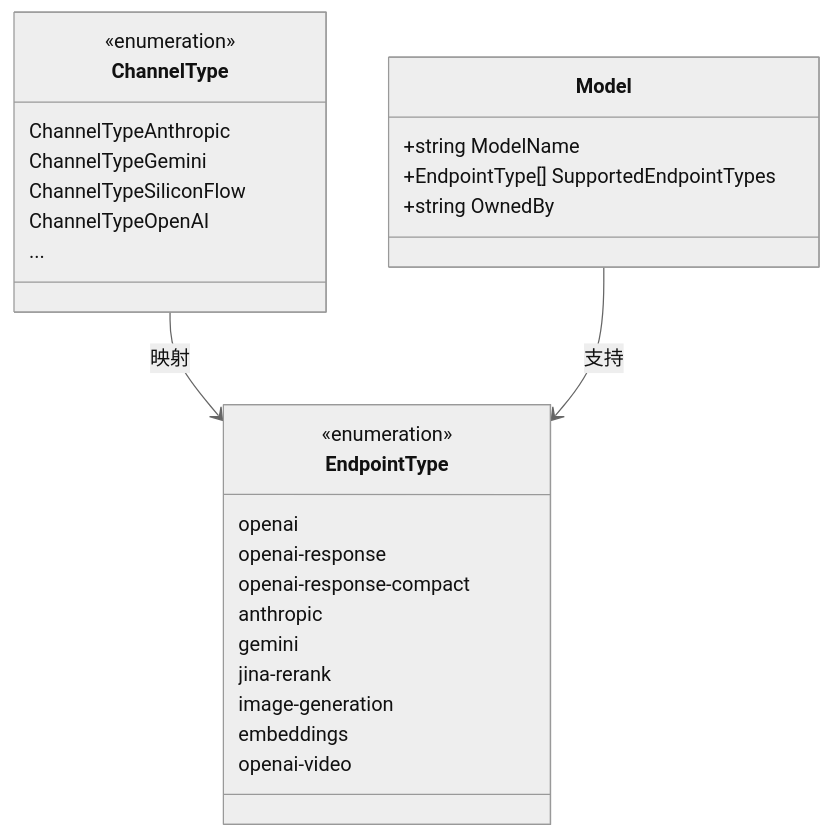
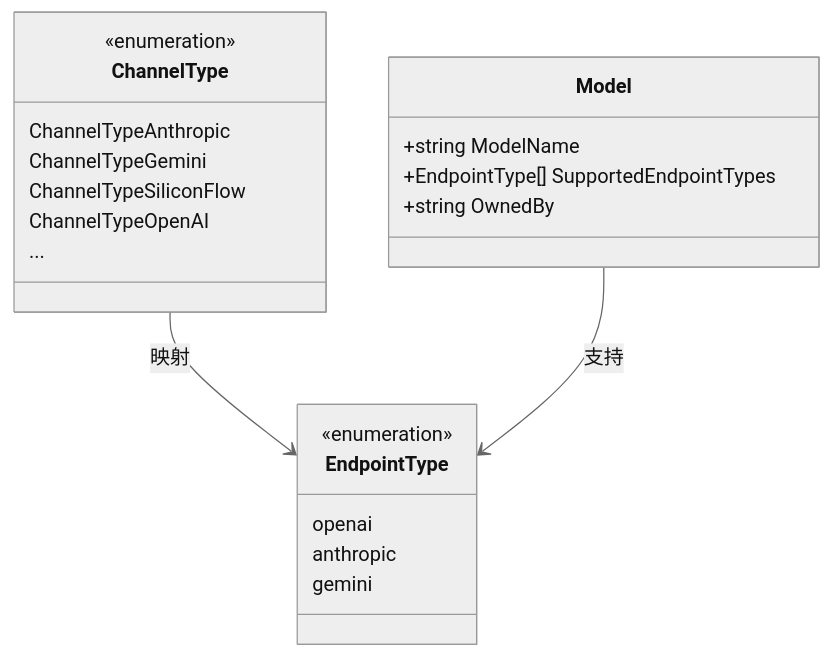
The fourth of 7 diagrams in claudecode/技术方案.md (RudolphHuang/openclaw_doc), drawn with Mermaid (neutral theme) before and after one commit. The commit also changed other lines of this file, not shown here.

````diff
--- a/claudecode/技术方案.md
+++ b/claudecode/技术方案.md
@@ -185,33 +185,27 @@
 ```mermaid
 classDiagram
     class EndpointType {
         <<enumeration>>
         openai
-        openai-response
-        openai-response-compact
         anthropic
         gemini
-        jina-rerank
-        image-generation
-        embeddings
-        openai-video
     }
     
     class ChannelType {
         <<enumeration>>
         ChannelTypeAnthropic
         ChannelTypeGemini
         ChannelTypeSiliconFlow
         ChannelTypeOpenAI
         ...
     }
     
     class Model {
         +string ModelName
         +EndpointType[] SupportedEndpointTypes
         +string OwnedBy
     }
     
     ChannelType --> EndpointType : 映射
     Model --> EndpointType : 支持
 ```
````
